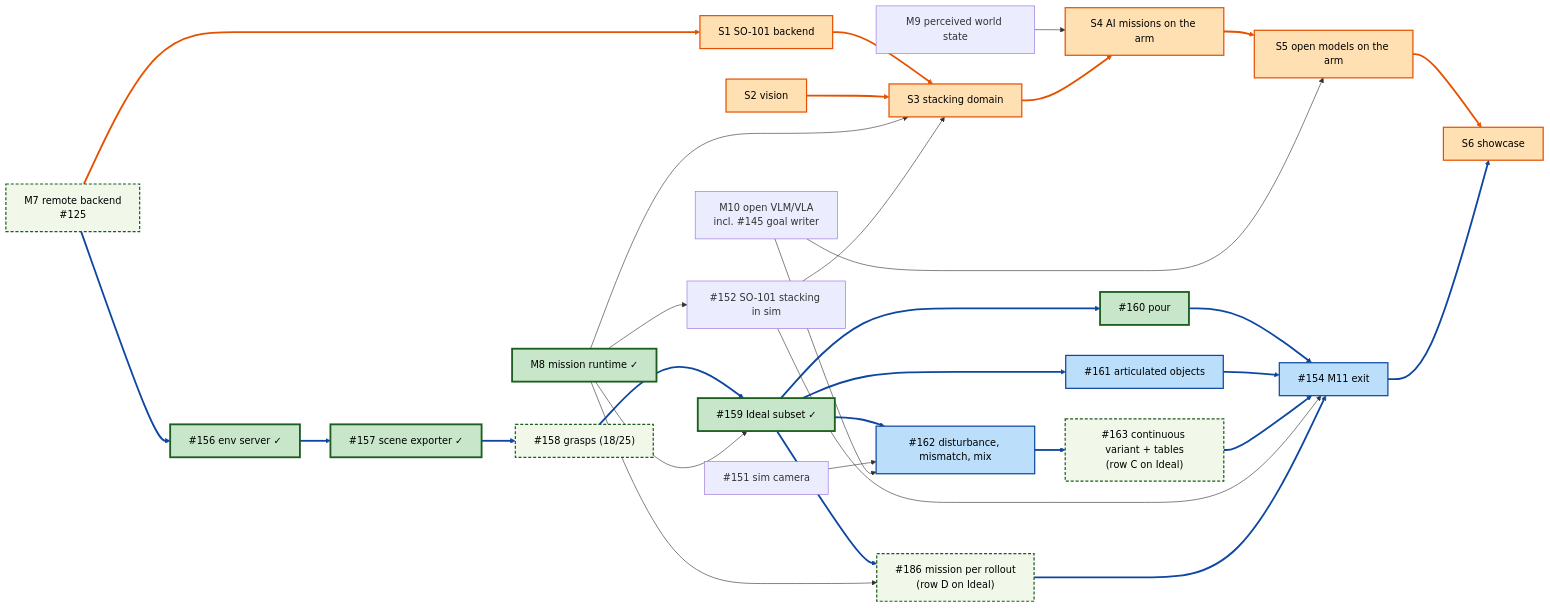
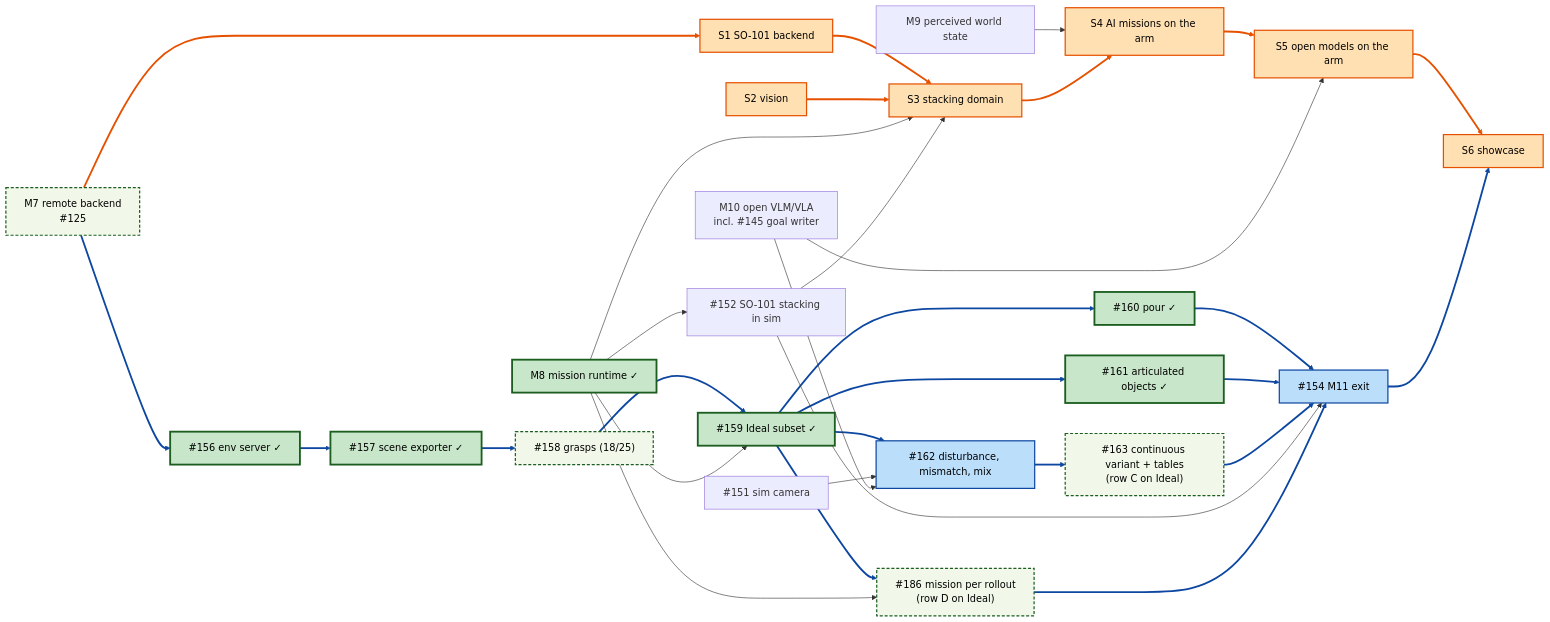
One commit to thanhndv212/long-tamp changed the diagram in docs/plans/roadmap.md. Above: the diagram before and after it, drawn with Mermaid. The commit also changed other lines of this file and 1 other file, not shown here.

````diff
--- a/docs/plans/roadmap.md
+++ b/docs/plans/roadmap.md
@@ -171,65 +171,65 @@
 ```mermaid
 flowchart LR
   M7[M7 remote backend<br/>#125]
   M8[M8 mission runtime ✓]
   M9[M9 perceived world state]
   M10[M10 open VLM/VLA<br/>incl. #145 goal writer]
   CAM["#151 sim camera"]
   SIM["#152 SO-101 stacking in sim"]
   R1["#156 env server ✓"]
   R2["#157 scene exporter ✓"]
   R3["#158 grasps (18/25)"]
   R4["#159 Ideal subset ✓"]
-  R5["#160 pour"]
-  R6["#161 articulated objects"]
+  R5["#160 pour ✓"]
+  R6["#161 articulated objects ✓"]
   R7["#162 disturbance, mismatch, mix"]
   R8["#163 continuous variant + tables<br/>(row C on Ideal)"]
   R9["#186 mission per rollout<br/>(row D on Ideal)"]
   X["#154 M11 exit"]
   S1[S1 SO-101 backend]
   S2[S2 vision]
   S3[S3 stacking domain]
   S4[S4 AI missions on the arm]
   S5[S5 open models on the arm]
   S6[S6 showcase]
   M7 --> R1
   R1 --> R2
   R2 --> R3
   R3 --> R4
   M8 --> R4
   R4 --> R5
   R4 --> R6
   R4 --> R7
   CAM --> R7
   M10 --> R7
   R7 --> R8
   R5 --> X
   R6 --> X
   R8 --> X
   M8 --> SIM
   SIM --> X
   M7 --> S1
   S1 --> S3
   S2 --> S3
   M8 --> S3
   SIM --> S3
   M9 --> S4
   S3 --> S4
   S4 --> S5
   M10 --> S5
   S5 --> S6
   X --> S6
   R4 --> R9
   M8 --> R9
   R9 --> X
   classDef hw fill:#ffe0b2,stroke:#e65100,stroke-width:2px,color:#000
   classDef bench fill:#bbdefb,stroke:#0d47a1,stroke-width:2px,color:#000
   class S1,S2,S3,S4,S5,S6 hw
   class R1,R2,R3,R4,R5,R6,R7,R8,R9,X bench
   classDef done fill:#c8e6c9,stroke:#1b5e20,stroke-width:3px,color:#000
   classDef partial fill:#f1f8e9,stroke:#1b5e20,stroke-width:2px,stroke-dasharray:5 3,color:#000
-  class M8,R1,R2,R4,R5 done
+  class M8,R1,R2,R4,R5,R6 done
   class M7,R3,R8,R9 partial
   linkStyle 16,17,18,22,23,25 stroke:#e65100,stroke-width:3px
   linkStyle 0,1,2,3,5,6,7,10,11,12,13,26,27,29 stroke:#0d47a1,stroke-width:3px
 ```
````
